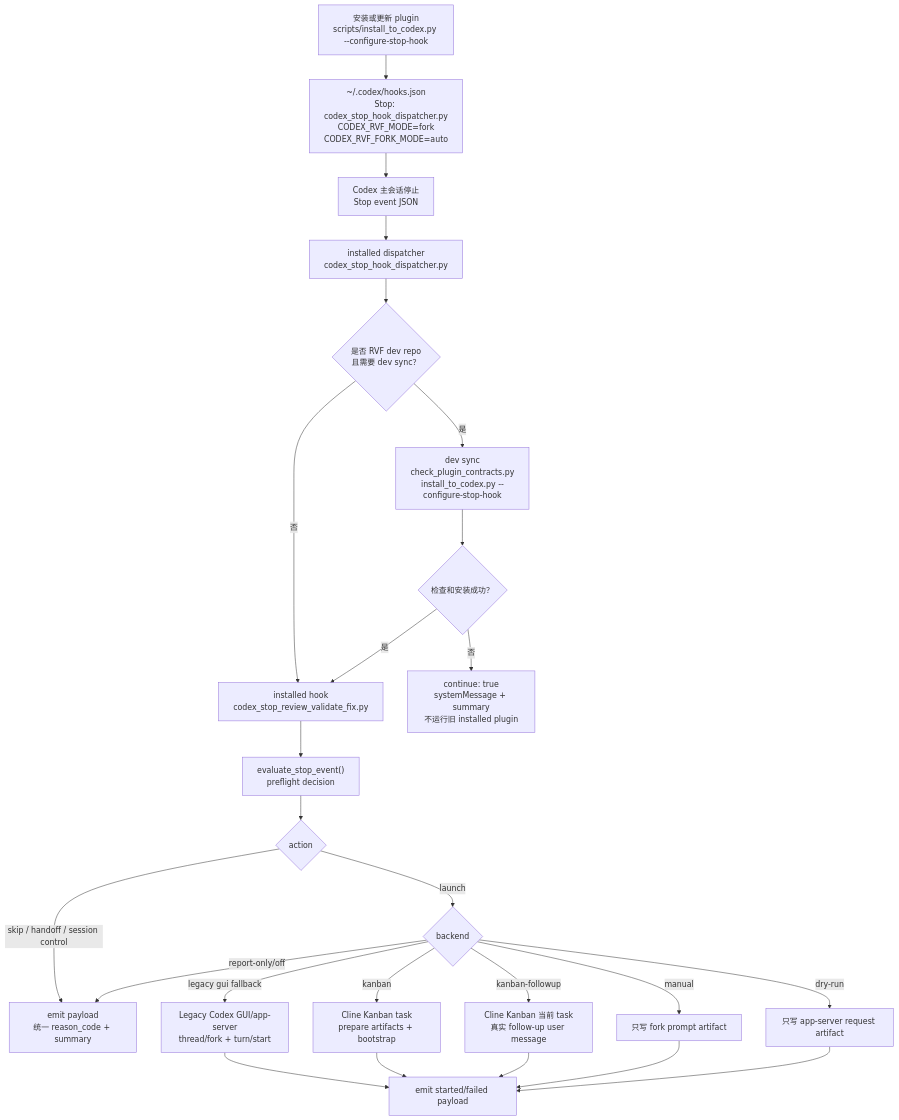
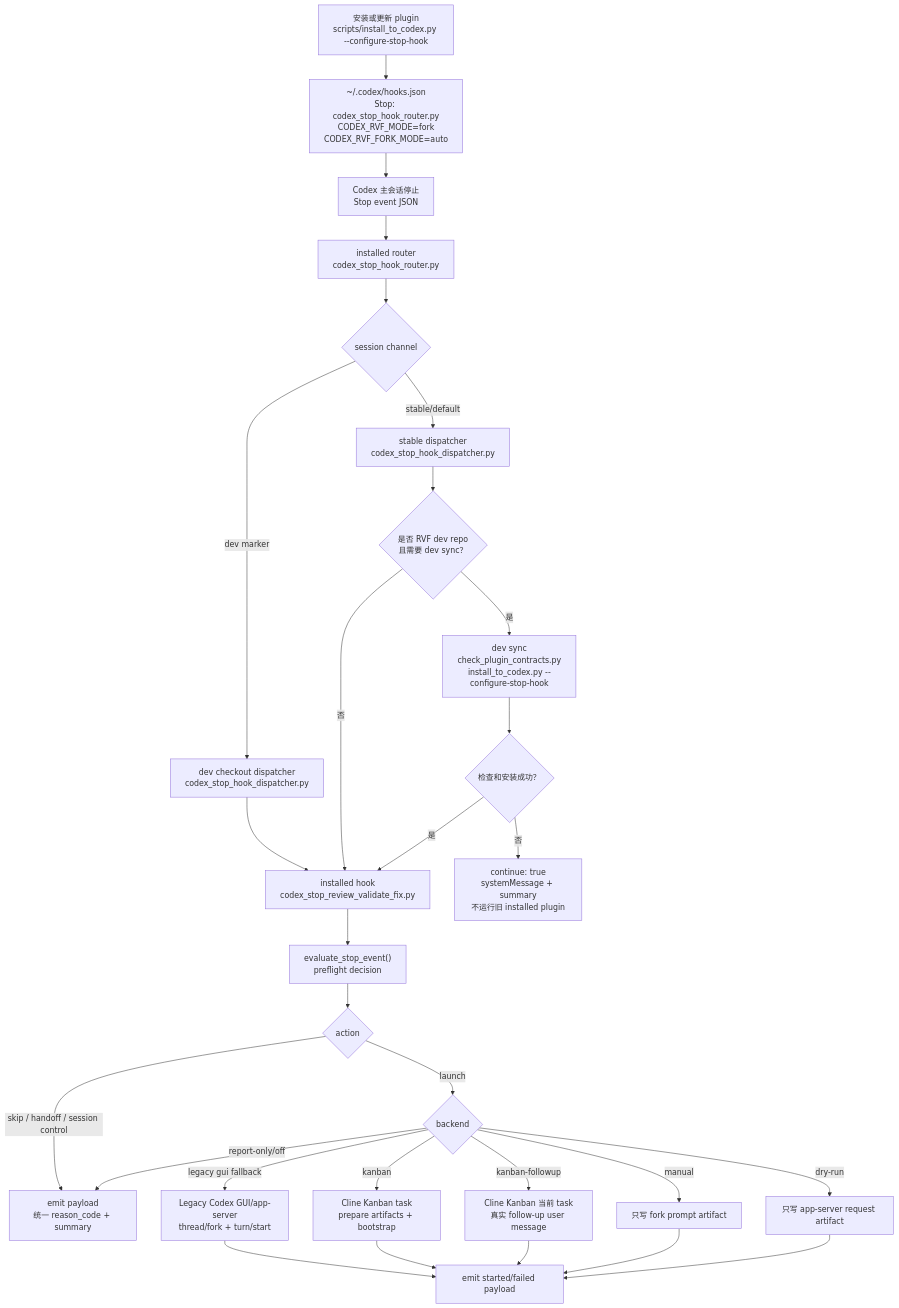
One commit to RealmX1/review-validate-fix changed the diagram in README.md. Above: the diagram before and after it, drawn with Mermaid. The commit also changed other lines of this file and 10 other files, not shown here.

Commit message:
feat: add RVF stop hook channel router

````diff
--- a/README.md
+++ b/README.md
@@ -184,31 +202,35 @@
 ```mermaid
 flowchart TD
-    Install["安装或更新 plugin\nscripts/install_to_codex.py --configure-stop-hook"] --> Hooks["~/.codex/hooks.json\nStop: codex_stop_hook_dispatcher.py\nCODEX_RVF_MODE=fork\nCODEX_RVF_FORK_MODE=auto"]
+    Install["安装或更新 plugin\nscripts/install_to_codex.py --configure-stop-hook"] --> Hooks["~/.codex/hooks.json\nStop: codex_stop_hook_router.py\nCODEX_RVF_MODE=fork\nCODEX_RVF_FORK_MODE=auto"]
     Hooks --> Stop["Codex 主会话停止\nStop event JSON"]
-    Stop --> Dispatcher["installed dispatcher\ncodex_stop_hook_dispatcher.py"]
+    Stop --> Router["installed router\ncodex_stop_hook_router.py"]
+    Router --> Channel{"session channel"}
+    Channel -- "stable/default" --> Dispatcher["stable dispatcher\ncodex_stop_hook_dispatcher.py"]
+    Channel -- "dev marker" --> DevDispatcher["dev checkout dispatcher\ncodex_stop_hook_dispatcher.py"]
 
     Dispatcher --> DevCheck{"是否 RVF dev repo\n且需要 dev sync？"}
+    DevDispatcher --> InstalledHook
     DevCheck -- "否" --> InstalledHook["installed hook\ncodex_stop_review_validate_fix.py"]
     DevCheck -- "是" --> Sync["dev sync\ncheck_plugin_contracts.py\ninstall_to_codex.py --configure-stop-hook"]
     Sync --> SyncOk{"检查和安装成功？"}
     SyncOk -- "否" --> BlockingFail["continue: true\nsystemMessage + summary\n不运行旧 installed plugin"]
     SyncOk -- "是" --> InstalledHook
 
     InstalledHook --> Evaluate["evaluate_stop_event()\npreflight decision"]
     Evaluate --> Decision{"action"}
     Decision -- "skip / handoff / session control" --> Skip["emit payload\n统一 reason_code + summary"]
     Decision -- "launch" --> Backend{"backend"}
 
     Backend -- "legacy gui fallback" --> Gui["Legacy Codex GUI/app-server\nthread/fork + turn/start"]
     Backend -- "kanban" --> Kanban["Cline Kanban task\nprepare artifacts + bootstrap"]
     Backend -- "kanban-followup" --> KanbanFollowup["Cline Kanban 当前 task\n真实 follow-up user message"]
     Backend -- "manual" --> Manual["只写 fork prompt artifact"]
     Backend -- "dry-run" --> DryRun["只写 app-server request artifact"]
     Backend -- "report-only/off" --> Skip
 
     Gui --> Result["emit started/failed payload"]
     Kanban --> Result
     KanbanFollowup --> Result
     Manual --> Result
     DryRun --> Result
 ```
````
